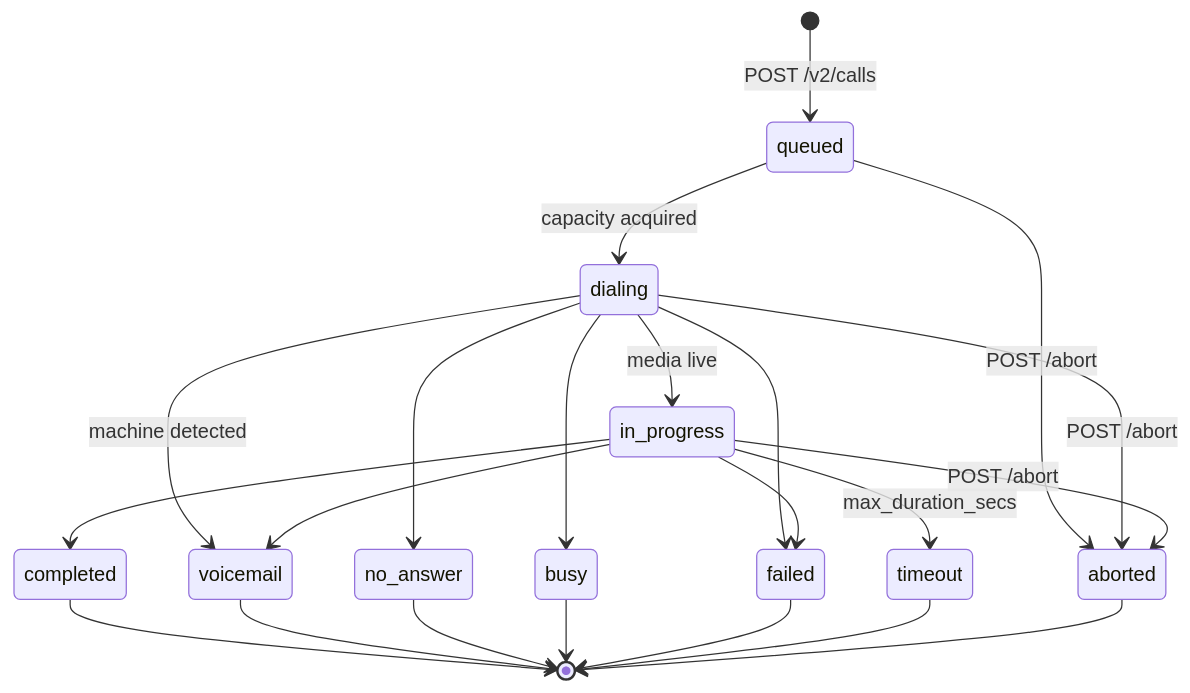
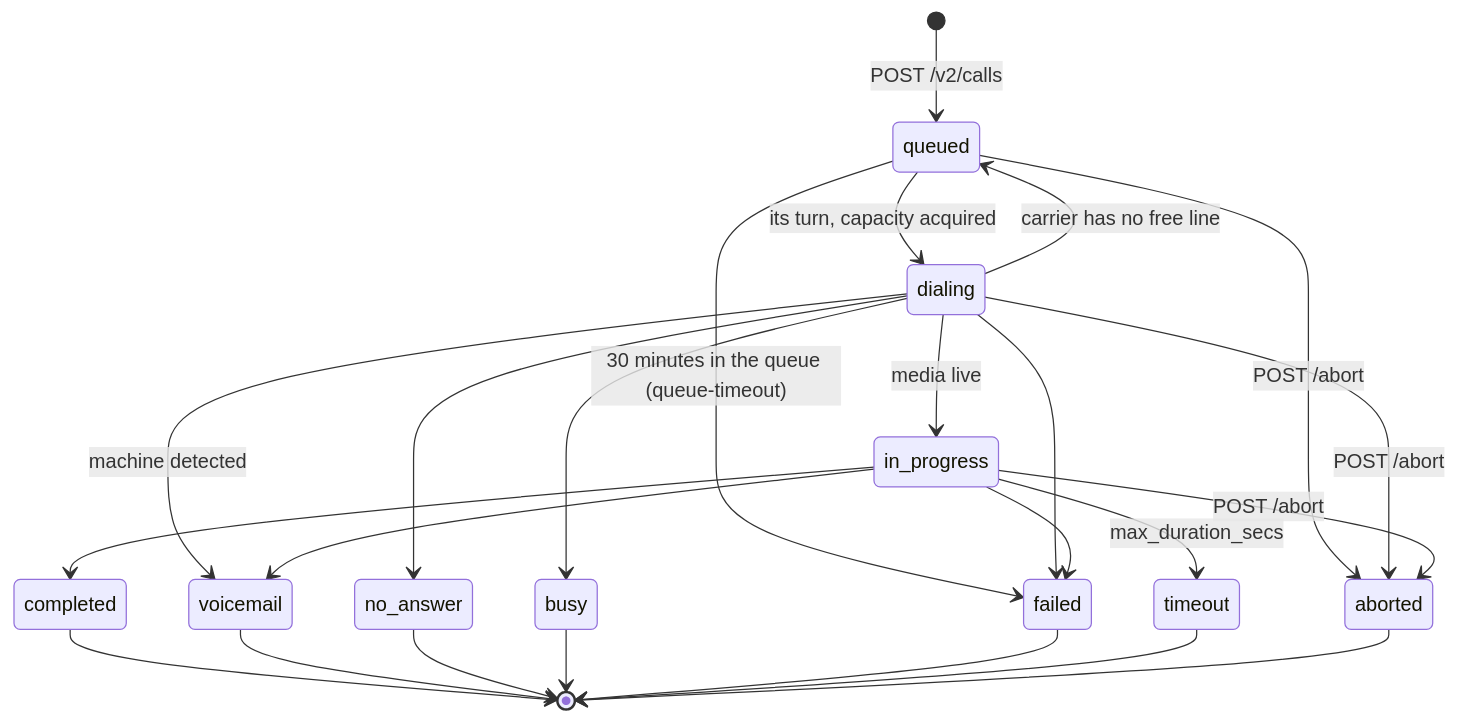
The diagram in src/content/docs/v2/calls.mdx (MiraiMinds/voice-agent-docs), drawn with Mermaid before and after one commit. The commit also changed other lines of this file and 2 other files, not shown here.

First line of the commit message:
v2: phone calls are queued and paced for you, and wait at most 30 minutes

````diff
--- a/src/content/docs/v2/calls.mdx
+++ b/src/content/docs/v2/calls.mdx
@@ -63,24 +65,26 @@
 ```mermaid
 stateDiagram-v2
     [*] --> queued: POST /v2/calls
-    queued --> dialing: capacity acquired
+    queued --> dialing: its turn, capacity acquired
+    dialing --> queued: carrier has no free line
+    queued --> failed: 30 minutes in the queue (queue-timeout)
     queued --> aborted: POST /abort
     dialing --> aborted: POST /abort
     in_progress --> aborted: POST /abort
     dialing --> in_progress: media live
     dialing --> no_answer
     dialing --> busy
     dialing --> failed
     dialing --> voicemail: machine detected
     in_progress --> completed
     in_progress --> voicemail
     in_progress --> timeout: max_duration_secs
     in_progress --> failed
     completed --> [*]
     voicemail --> [*]
     no_answer --> [*]
     busy --> [*]
     failed --> [*]
     timeout --> [*]
     aborted --> [*]
 ```
````
